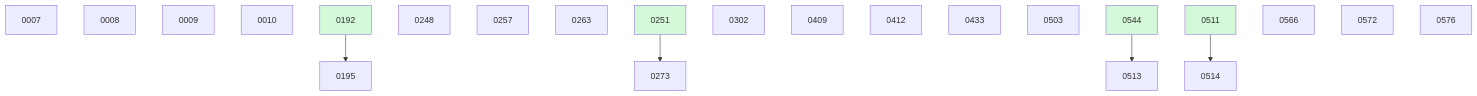
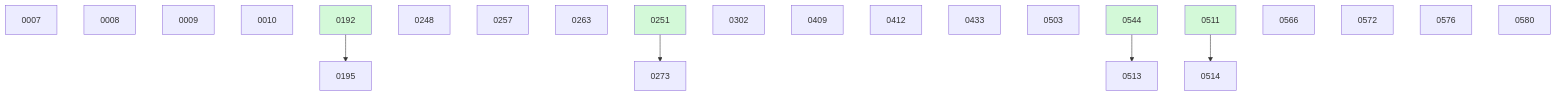
The diagram in docs/changes/BOARD.md (danielhanold/docket), drawn with Mermaid before and after one commit. The commit also changed other lines of this file and 1 other file, not shown here.

````diff
--- a/docs/changes/BOARD.md
+++ b/docs/changes/BOARD.md
@@ -34,27 +35,28 @@
 ```mermaid
 graph TD
   0007
   0008
   0009
   0010
   0192 --> 0195
   0248
   0257
   0263
   0251 --> 0273
   0302
   0409
   0412
   0433
   0503
   0544 --> 0513
   0511 --> 0514
   0566
   0572
   0576
+  0580
   0192:::done
   0251:::done
   0511:::done
   0544:::done
   classDef done fill:#d3f9d8;
 ```
````
